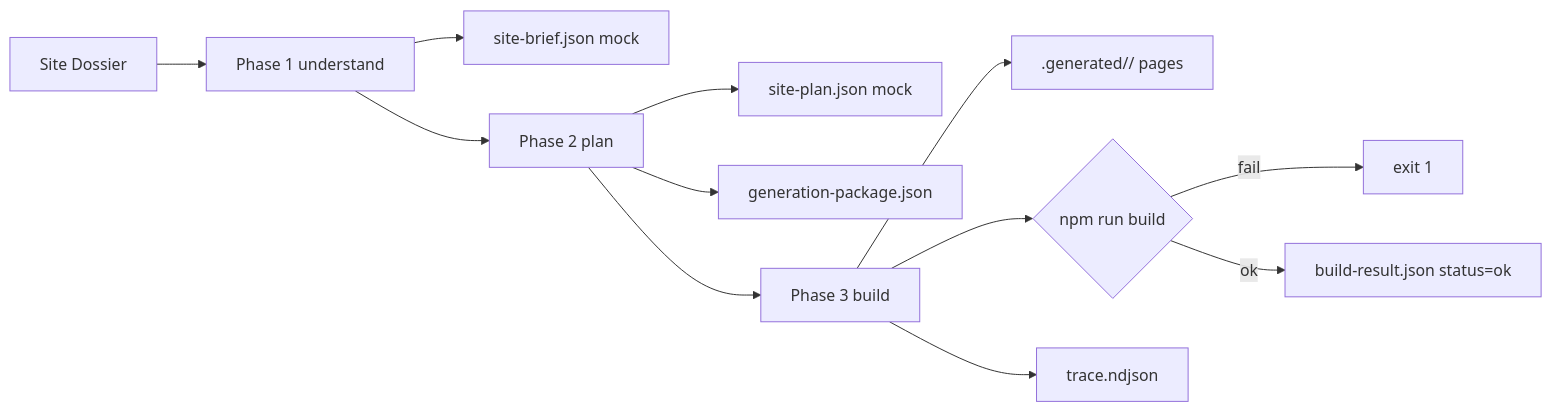
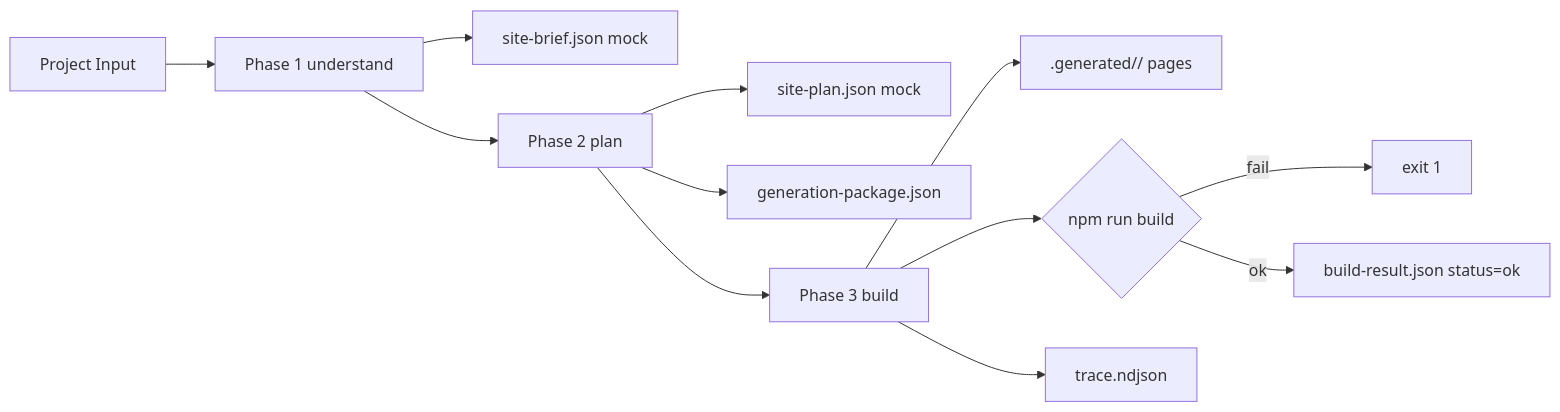
One commit to Jakeminator123/sajtbyggaren changed the diagram in docs/architecture/builder-mvp.md. Above: the diagram before and after it, drawn with Mermaid. The commit also changed other lines of this file and 28 other files, not shown here.

First line of the commit message:
Compress vocabulary: lock the eight-step operator flow (ADR 0012).

````diff
--- a/docs/architecture/builder-mvp.md
+++ b/docs/architecture/builder-mvp.md
@@ -15,14 +15,14 @@
 ```mermaid
 flowchart LR
-  Dossier[Site Dossier] --> Phase1[Phase 1 understand]
+  Input[Project Input] --> Phase1[Phase 1 understand]
   Phase1 --> Brief[site-brief.json mock]
   Phase1 --> Phase2[Phase 2 plan]
   Phase2 --> Plan[site-plan.json mock]
   Phase2 --> Pkg[generation-package.json]
   Phase2 --> Phase3[Phase 3 build]
   Phase3 --> Files[".generated/<siteId>/ pages"]
   Phase3 --> Npm{"npm run build"}
   Npm -->|fail| Fail[exit 1]
   Npm -->|ok| Result[build-result.json status=ok]
   Phase3 --> Trace[trace.ndjson]
 ```
````
